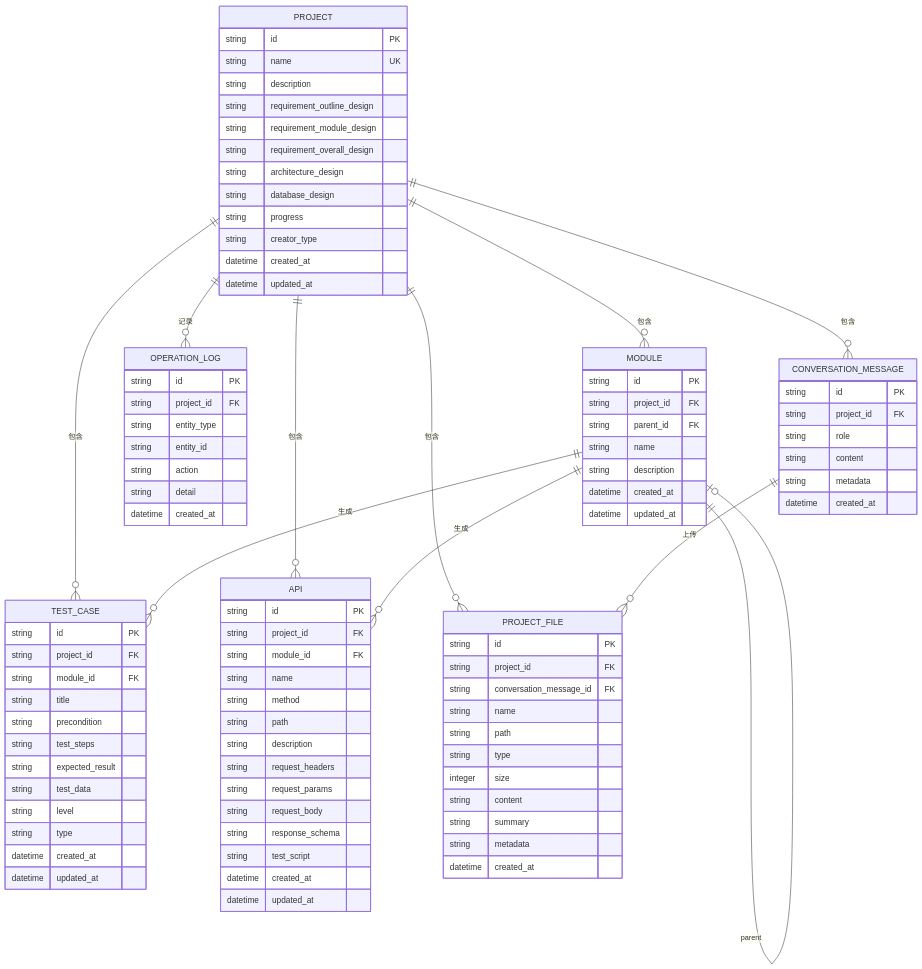
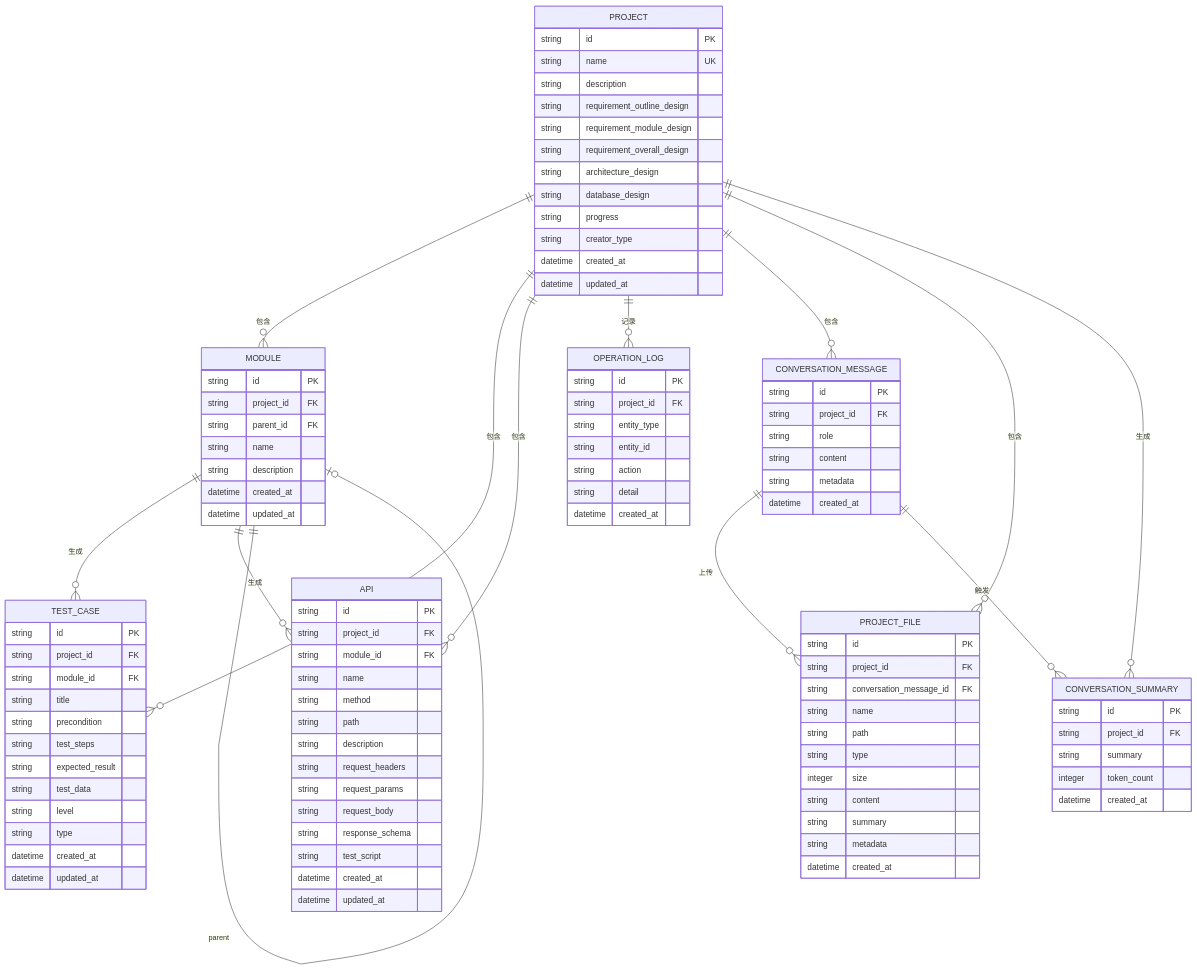
Before and after one commit to moderncrazy/ai-case-generator-demo: the diagram in doc/database_design.md, drawn with Mermaid. The commit also changed other lines of this file and 209 other files, not shown here.

````diff
--- a/doc/database_design.md
+++ b/doc/database_design.md
@@ -16,8 +16,10 @@
     PROJECT ||--o{ OPERATION_LOG : "记录"
     PROJECT ||--o{ CONVERSATION_MESSAGE : "包含"
     PROJECT ||--o{ PROJECT_FILE : "包含"
+    PROJECT ||--o{ CONVERSATION_SUMMARY : "生成"
     
     CONVERSATION_MESSAGE ||--o{ PROJECT_FILE : "上传"
+    CONVERSATION_MESSAGE ||--o{ CONVERSATION_SUMMARY : "触发"
     MODULE ||--o{ TEST_CASE : "生成"
     MODULE ||--o{ API : "生成"
     
@@ -112,4 +114,12 @@
         string metadata
         datetime created_at
     }
+    
+    CONVERSATION_SUMMARY {
+        string id PK
+        string project_id FK
+        string summary
+        integer token_count
+        datetime created_at
+    }
 ```
````
